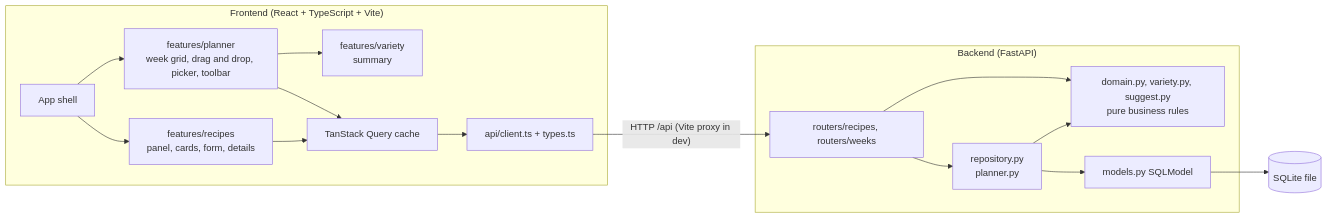
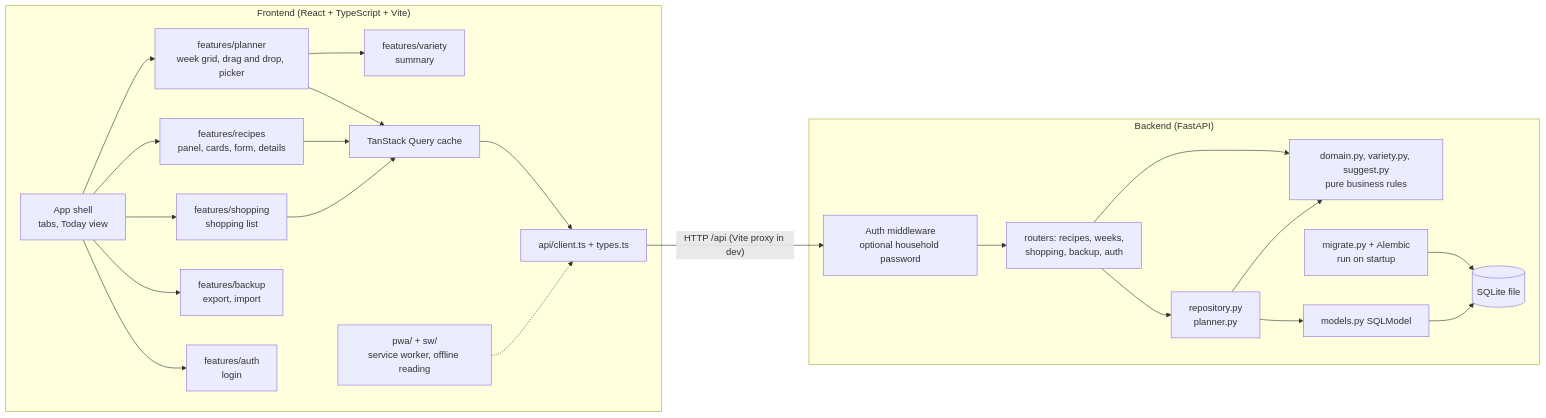
Before and after one commit to renefs/cociboard: the diagram in README.md, drawn with Mermaid. The commit also changed other lines of this file and 13 other files, not shown here.

````diff
--- a/README.md
+++ b/README.md
@@ -25,19 +36,26 @@
 ```mermaid
 flowchart LR
   subgraph Browser["Frontend (React + TypeScript + Vite)"]
-    App[App shell] --> Planner[features/planner<br/>week grid, drag and drop, picker, toolbar]
+    App[App shell<br/>tabs, Today view] --> Planner[features/planner<br/>week grid, drag and drop, picker]
     App --> Recipes[features/recipes<br/>panel, cards, form, details]
+    App --> Shopping[features/shopping<br/>shopping list]
+    App --> Backup[features/backup<br/>export, import]
+    App --> Auth[features/auth<br/>login]
     Planner --> Variety[features/variety<br/>summary]
     Planner --> Query[TanStack Query cache]
     Recipes --> Query
+    Shopping --> Query
     Query --> Client[api/client.ts + types.ts]
+    PWA[pwa/ + sw/<br/>service worker, offline reading] -.-> Client
   end
-  Client -- "HTTP /api (Vite proxy in dev)" --> Routers
+  Client -- "HTTP /api (Vite proxy in dev)" --> Mw[Auth middleware<br/>optional household password]
   subgraph Server["Backend (FastAPI)"]
-    Routers[routers/recipes, routers/weeks] --> Repo[repository.py<br/>planner.py]
+    Mw --> Routers[routers: recipes, weeks,<br/>shopping, backup, auth]
+    Routers --> Repo[repository.py<br/>planner.py]
     Routers --> Rules[domain.py, variety.py, suggest.py<br/>pure business rules]
     Repo --> Rules
     Repo --> Models[models.py SQLModel]
+    Mig[migrate.py + Alembic<br/>run on startup] --> DB
   end
   Models --> DB[(SQLite file)]
 ```
````
